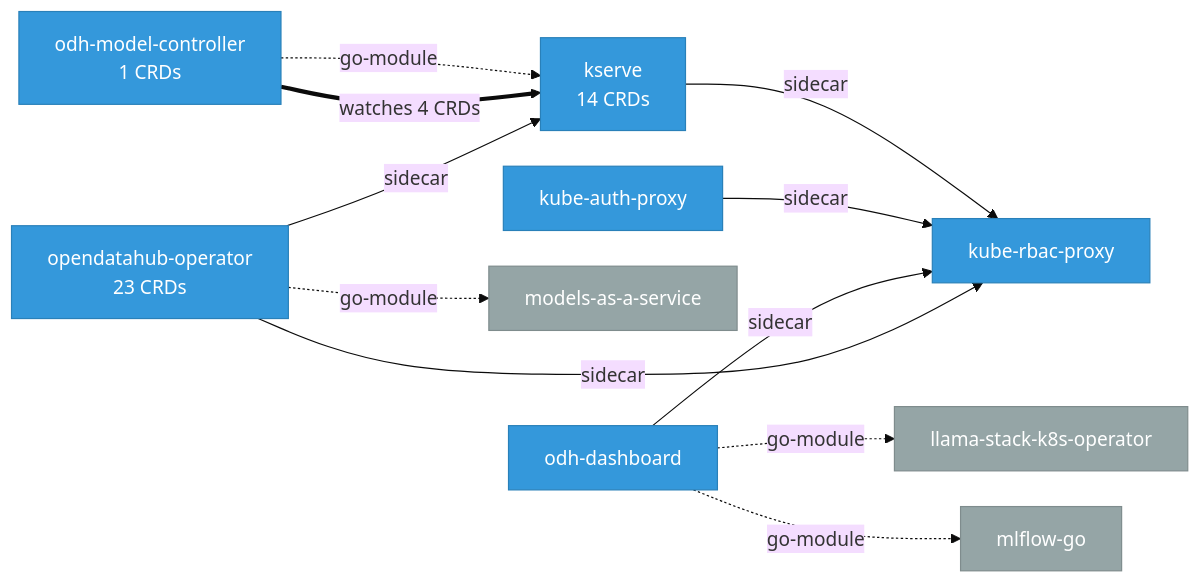
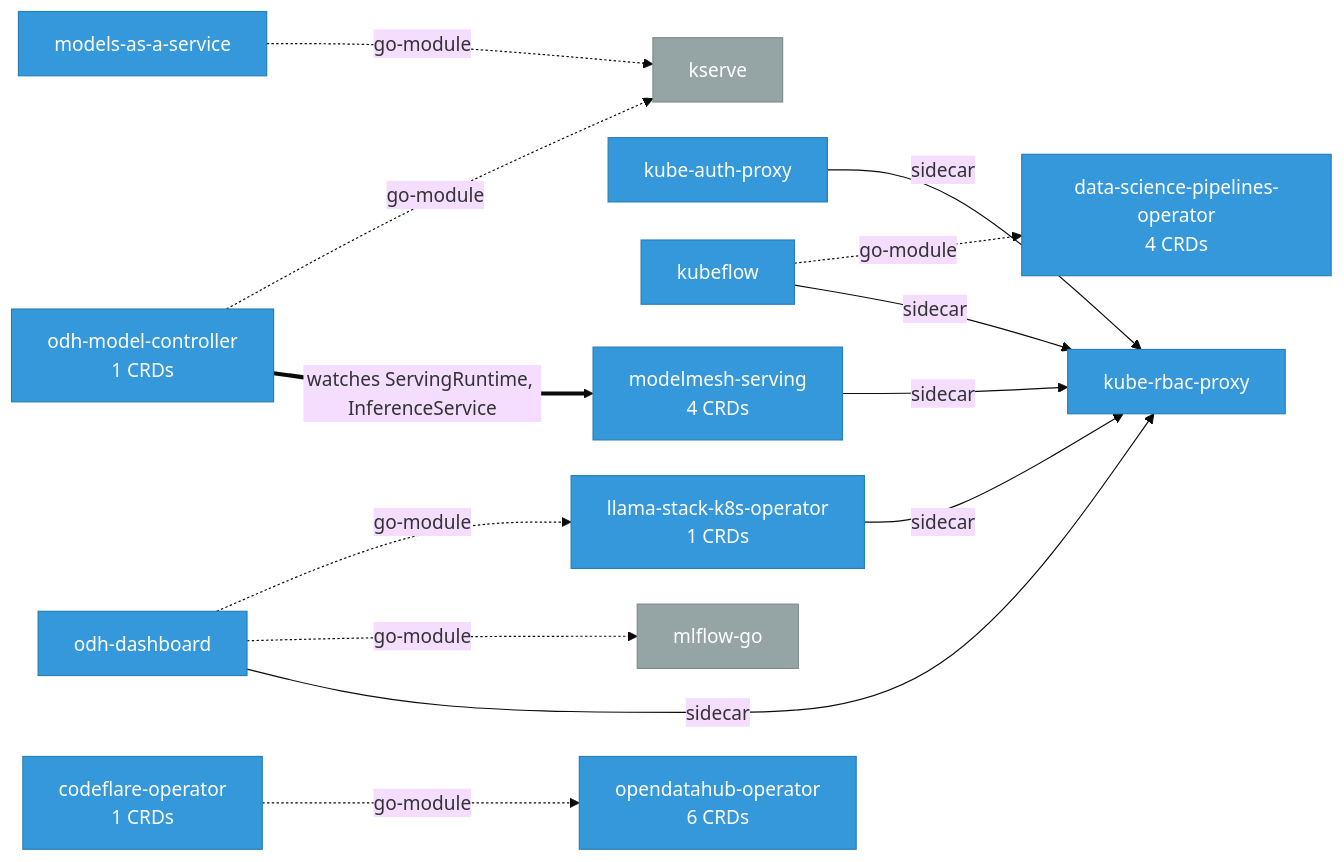
One commit to ugiordan/rhoai-architecture-analyzer changed the diagram in site/docs/rhoai-platform/index.md. Above: the diagram before and after it, drawn with Mermaid. The commit also changed other lines of this file and 214 other files, not shown here.

````diff
--- a/site/docs/rhoai-platform/index.md
+++ b/site/docs/rhoai-platform/index.md
@@ -18,27 +21,33 @@
 ```mermaid
 %%{init: {'theme': 'base', 'flowchart': {'nodeSpacing': 30, 'rankSpacing': 50}}}%%
 graph LR
     classDef internal fill:#3498db,stroke:#2980b9,color:#fff
     classDef external fill:#95a5a6,stroke:#7f8c8d,color:#fff
 
-    kserve["kserve\n14 CRDs"]:::internal
+    codeflare_operator["codeflare-operator\n1 CRDs"]:::internal
+    data_science_pipelines_operator["data-science-pipelines-operator\n4 CRDs"]:::internal
+    kserve["kserve"]:::external
     kube_auth_proxy["kube-auth-proxy"]:::internal
     kube_rbac_proxy["kube-rbac-proxy"]:::internal
-    llama_stack_k8s_operator["llama-stack-k8s-operator"]:::external
+    kubeflow["kubeflow"]:::internal
+    llama_stack_k8s_operator["llama-stack-k8s-operator\n1 CRDs"]:::internal
     mlflow_go["mlflow-go"]:::external
-    models_as_a_service["models-as-a-service"]:::external
+    modelmesh_serving["modelmesh-serving\n4 CRDs"]:::internal
+    models_as_a_service["models-as-a-service"]:::internal
     odh_dashboard["odh-dashboard"]:::internal
     odh_model_controller["odh-model-controller\n1 CRDs"]:::internal
-    opendatahub_operator["opendatahub-operator\n23 CRDs"]:::internal
+    opendatahub_operator["opendatahub-operator\n6 CRDs"]:::internal
 
+    codeflare_operator -.->|"go-module"| opendatahub_operator
+    kubeflow -.->|"go-module"| data_science_pipelines_operator
+    models_as_a_service -.->|"go-module"| kserve
     odh_dashboard -.->|"go-module"| llama_stack_k8s_operator
     odh_dashboard -.->|"go-module"| mlflow_go
     odh_model_controller -.->|"go-module"| kserve
-    odh_model_controller ==>|"watches 4 CRDs"| kserve
-    opendatahub_operator -.->|"go-module"| models_as_a_service
-    kserve -->|"sidecar"| kube_rbac_proxy
+    odh_model_controller ==>|"watches ServingRuntime, InferenceService"| modelmesh_serving
     kube_auth_proxy -->|"sidecar"| kube_rbac_proxy
+    kubeflow -->|"sidecar"| kube_rbac_proxy
+    llama_stack_k8s_operator -->|"sidecar"| kube_rbac_proxy
+    modelmesh_serving -->|"sidecar"| kube_rbac_proxy
     odh_dashboard -->|"sidecar"| kube_rbac_proxy
-    opendatahub_operator -->|"sidecar"| kube_rbac_proxy
-    opendatahub_operator -->|"sidecar"| kserve
 ```
````
